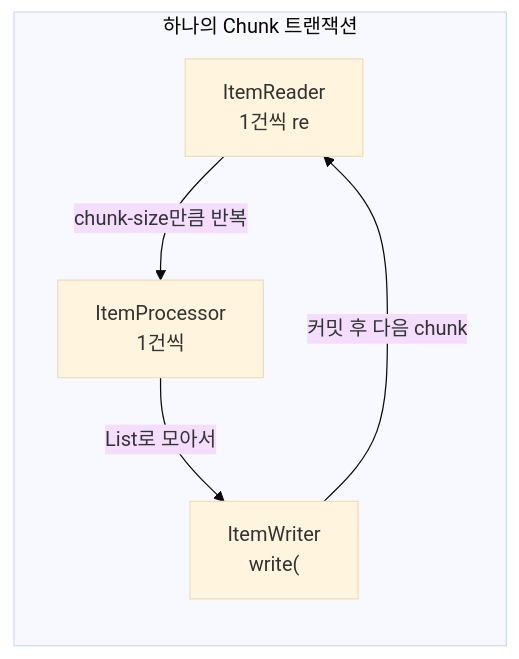
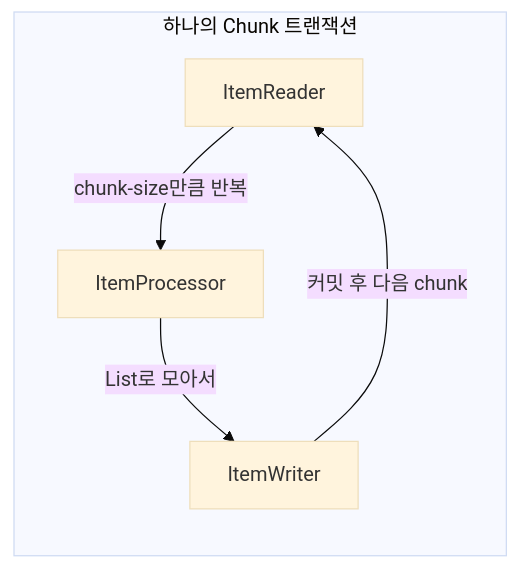
One commit to yjkim2015/yjkim2015.github.io changed the third of 5 diagrams in _posts/batch/2026-05-03-spring-batch-fundamentals.md. Above: the diagram before and after it, drawn with Mermaid (base theme). The commit also changed other lines of this file and 217 other files, not shown here.

First line of the commit message:
Mermaid 크기 수정: useMaxWidth:true + SVG max-width:100% + 라벨 축소

````diff
--- a/_posts/batch/2026-05-03-spring-batch-fundamentals.md
+++ b/_posts/batch/2026-05-03-spring-batch-fundamentals.md
@@ -117,8 +117,8 @@
 ```mermaid
 flowchart LR
     subgraph "하나의 Chunk 트랜잭션"
-        A["ItemReader\n1건씩 re"] -->|"chunk-size만큼 반복"| B["ItemProcessor\n1건씩"]
-        B -->|"List로 모아서"| C["ItemWriter\nwrite("]
+        A["ItemReader"] -->|"chunk-size만큼 반복"| B["ItemProcessor"]
+        B -->|"List로 모아서"| C["ItemWriter"]
     end
     C -->|"커밋 후 다음 chunk"| A
 ```
````
